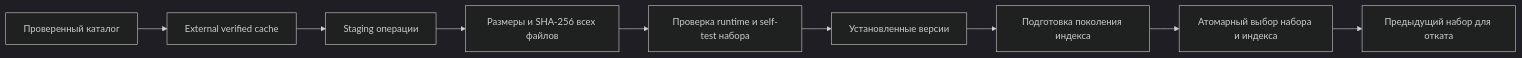
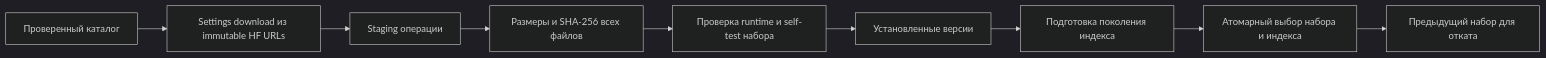
The diagram in docs/MODEL_ARCHITECTURE.md (Mesteriis/lik), drawn with Mermaid (dark theme) before and after one commit. The commit also changed other lines of this file and 56 other files, not shown here.

````diff
--- a/docs/MODEL_ARCHITECTURE.md
+++ b/docs/MODEL_ARCHITECTURE.md
@@ -70,11 +70,11 @@
 ```mermaid
 flowchart LR
-    C[Проверенный каталог] --> D[External verified cache]
+    C[Проверенный каталог] --> D[Settings download из immutable HF URLs]
     D --> S[Staging операции]
     S --> V[Размеры и SHA-256 всех файлов]
     V --> T[Проверка runtime и self-test набора]
     T --> I[Установленные версии]
     I --> G[Подготовка поколения индекса]
     G --> P[Атомарный выбор набора и индекса]
     P --> R[Предыдущий набор для отката]
 ```
````
